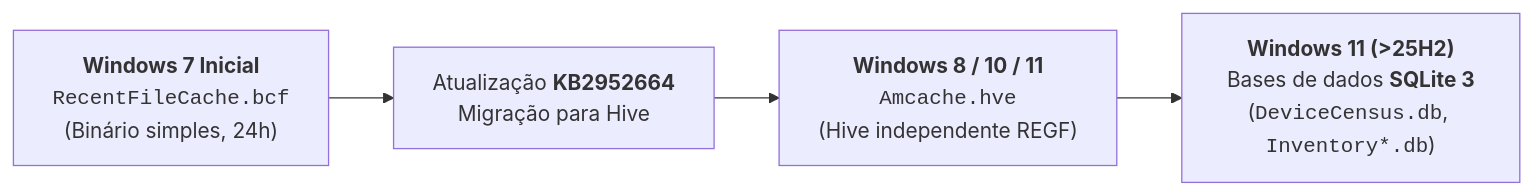
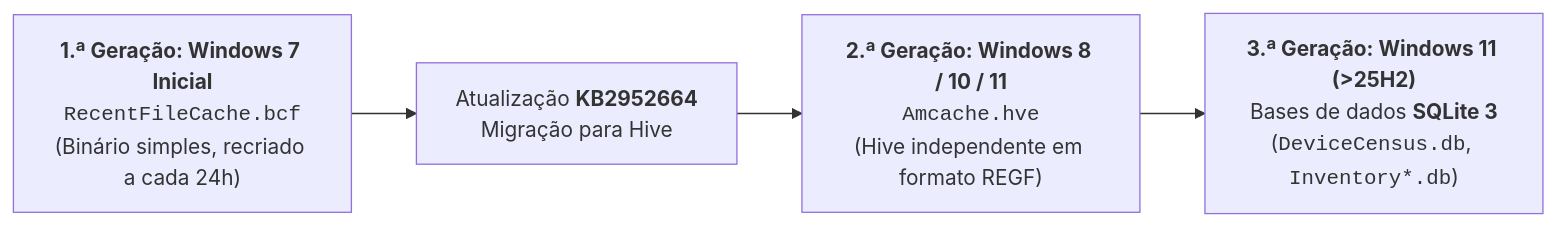
The diagram in ASSI/Capítulo 01 - Sistemas Operativos, Serviços e Artefactos/11 - ShimCache e AmCache/AmCache - Arquitetura, Hives e Evolução para SQLite.md (IanR0sal3s/MCIF-Vault), drawn with Mermaid before and after one commit. The commit also changed other lines of this file and 140 other files, not shown here.

````diff
--- a/ASSI/Capítulo 01 - Sistemas Operativos, Serviços e Artefactos/11 - ShimCache e AmCache/AmCache - Arquitetura, Hives e Evolução para SQLite.md
+++ b/ASSI/Capítulo 01 - Sistemas Operativos, Serviços e Artefactos/11 - ShimCache e AmCache/AmCache - Arquitetura, Hives e Evolução para SQLite.md
@@ -40,6 +49,6 @@
 ```mermaid
 flowchart LR
-    W7["<b>Windows 7 Inicial</b><br/><code>RecentFileCache.bcf</code><br/>(Binário simples, 24h)"] --> Update["Atualização <b>KB2952664</b><br/>Migração para Hive"]
-    Update --> W8["<b>Windows 8 / 10 / 11</b><br/><code>Amcache.hve</code><br/>(Hive independente REGF)"]
-    W8 --> W11["<b>Windows 11 (&gt;25H2)</b><br/>Bases de dados <b>SQLite 3</b><br/>(<code>DeviceCensus.db</code>, <code>Inventory*.db</code>)"]
+    W7["<b>1.ª Geração: Windows 7 Inicial</b><br/><code>RecentFileCache.bcf</code><br/>(Binário simples, recriado a cada 24h)"] --> Update["Atualização <b>KB2952664</b><br/>Migração para Hive"]
+    Update --> W8["<b>2.ª Geração: Windows 8 / 10 / 11</b><br/><code>Amcache.hve</code><br/>(Hive independente em formato REGF)"]
+    W8 --> W11["<b>3.ª Geração: Windows 11 (&gt;25H2)</b><br/>Bases de dados <b>SQLite 3</b><br/>(<code>DeviceCensus.db</code>, <code>Inventory*.db</code>)"]
 ```
````
